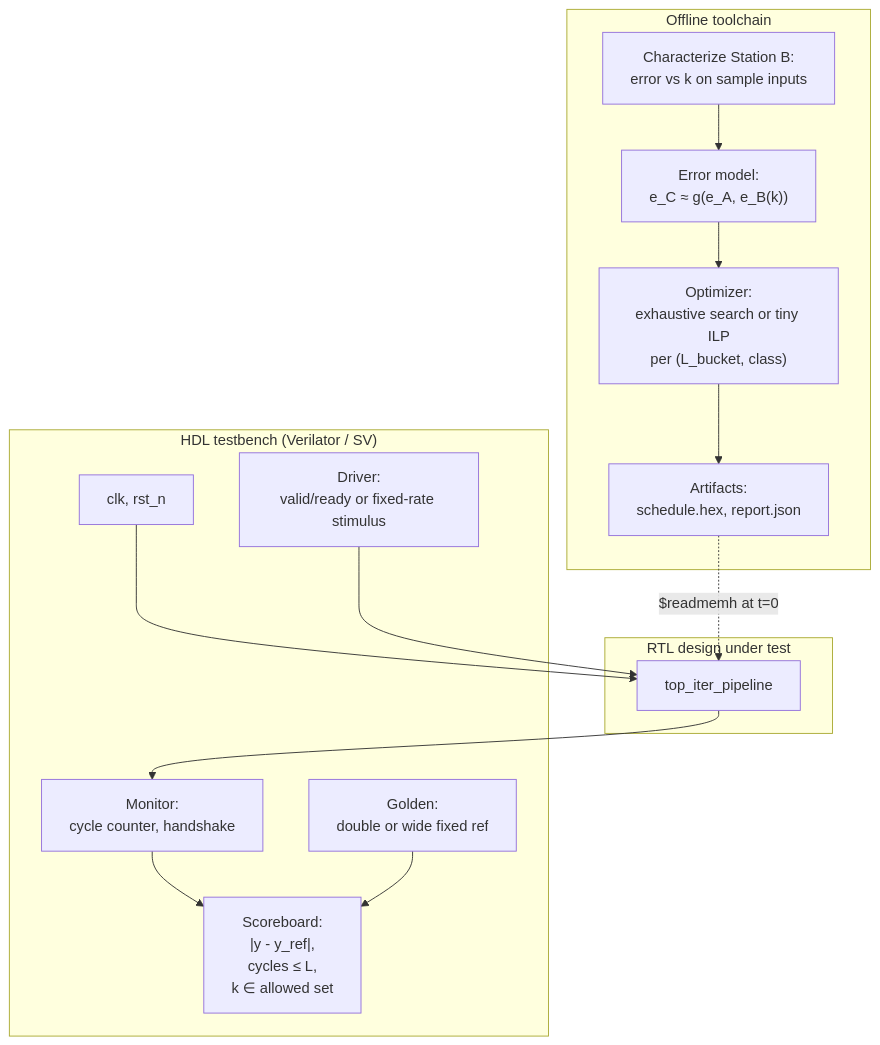
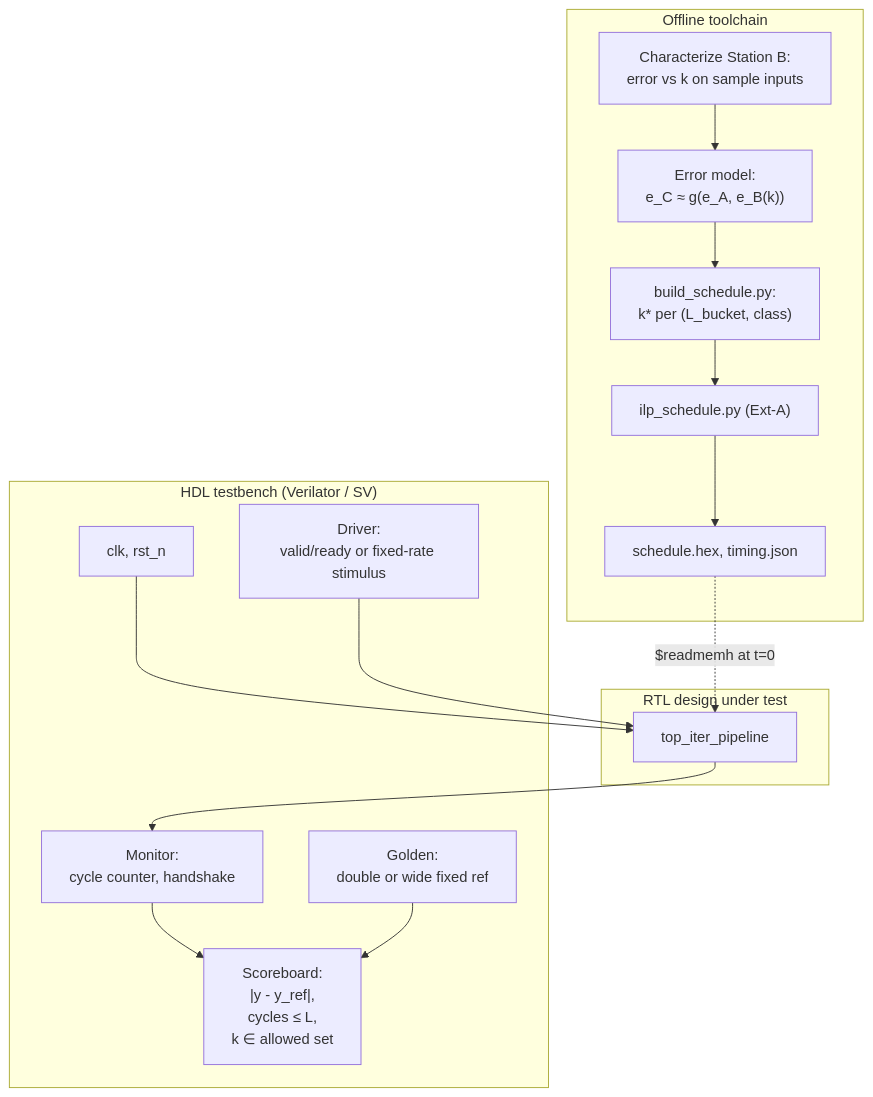
Before and after one commit to EeshanaHari9/Latency-Bounded-Scheduling-For-Iterative-Approximate-Pipeline: the first of 12 diagrams in docs/iterative_approximate_dag_diagram.md, drawn with Mermaid. The commit also changed other lines of this file and 5 other files, not shown here.

````diff
--- a/docs/iterative_approximate_dag_diagram.md
+++ b/docs/iterative_approximate_dag_diagram.md
@@ -11,31 +11,33 @@
 ```mermaid
 flowchart TB
   subgraph OFF["Offline toolchain"]
     CHAR["Characterize Station B:<br/>error vs k on sample inputs"]
     MODEL["Error model:<br/>e_C ≈ g(e_A, e_B(k))"]
-    OPT["Optimizer:<br/>exhaustive search or tiny ILP<br/>per (L_bucket, class)"]
-    ART["Artifacts:<br/>schedule.hex, report.json"]
+    ILP["ilp_schedule.py (Ext-A)"]
+    OPT["build_schedule.py:<br/>k* per (L_bucket, class)"]
+    ART["schedule.hex, timing.json"]
     CHAR --> MODEL
     MODEL --> OPT
-    OPT --> ART
+    OPT --> ILP
+    ILP --> ART
   end
 
   subgraph DUT["RTL design under test"]
     TOP["top_iter_pipeline"]
   end
 
   subgraph TB["HDL testbench (Verilator / SV)"]
     CLK["clk, rst_n"]
     DRV["Driver:<br/>valid/ready or fixed-rate stimulus"]
     MON["Monitor:<br/>cycle counter, handshake"]
     GOLD["Golden:<br/>double or wide fixed ref"]
     CHK["Scoreboard:<br/>|y - y_ref|,<br/>cycles ≤ L,<br/>k ∈ allowed set"]
     CLK --> TOP
     DRV --> TOP
     TOP --> MON
     MON --> CHK
     GOLD --> CHK
   end
 
   ART -.->|"$readmemh at t=0"| TOP
 ```
````
